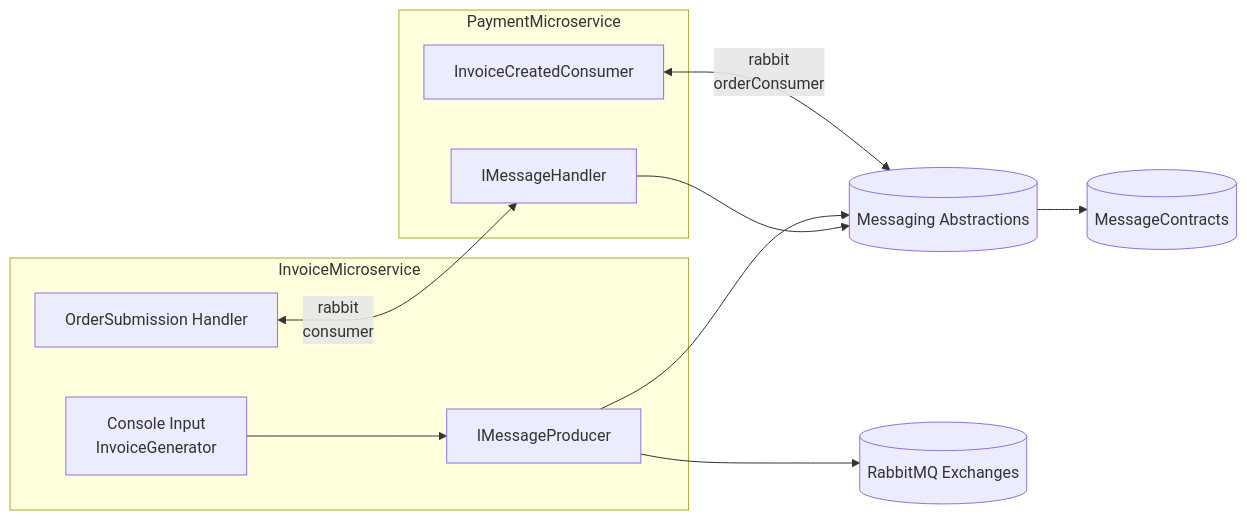
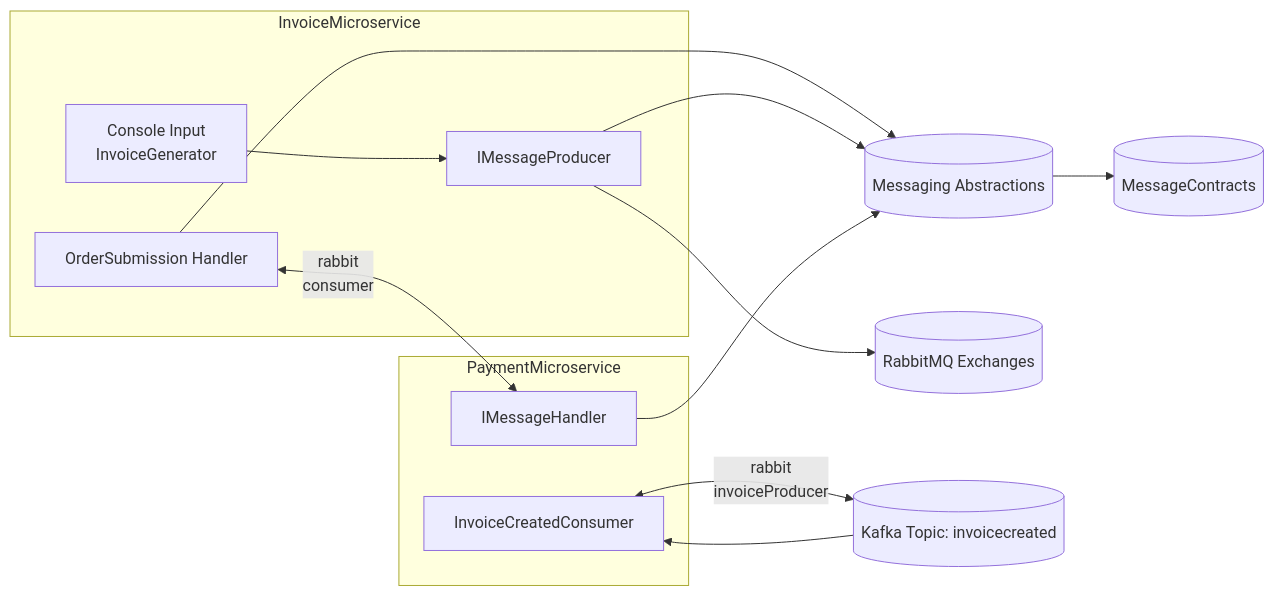
One commit to DragceSU/AspireProject changed the fifth of 5 diagrams in README.md. Above: the diagram before and after it, drawn with Mermaid. The commit also changed other lines of this file and 53 other files, not shown here.

````diff
--- a/README.md
+++ b/README.md
@@ -121,27 +134,30 @@
 ```mermaid
 flowchart LR
     subgraph InvoiceMicroservice
         input[Console Input<br/>InvoiceGenerator]
         invoiceProducer[IMessageProducer<InvoiceCreated>]
         orderConsumer[OrderSubmission Handler]
     end
 
     subgraph PaymentMicroservice
         consumer[InvoiceCreatedConsumer]
         handler[IMessageHandler<InvoiceCreated>]
     end
 
     contracts[(MessageContracts)]
     messaging[(Messaging Abstractions)]
     rabbit[(RabbitMQ Exchanges)]
+    kafka[(Kafka Topic: invoicecreated)]
 
     input --> invoiceProducer
     invoiceProducer --> rabbit
     orderConsumer <-- rabbit
     consumer --> handler
     consumer <-- rabbit
+    invoiceProducer --> kafka
+    kafka --> consumer
     orderConsumer --> messaging
     invoiceProducer --> messaging
     handler --> messaging
     messaging --> contracts
 ```
````
